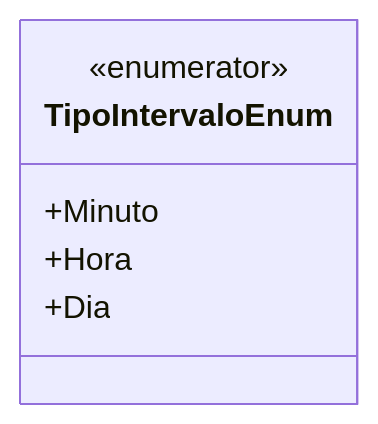
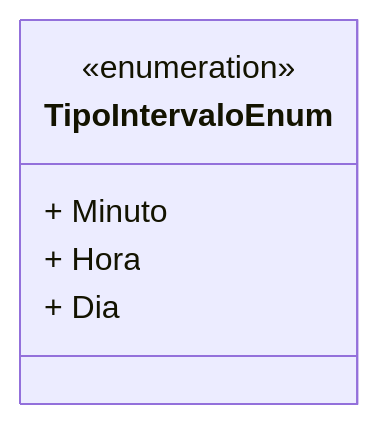
One commit to IsthmusSistemas/documentacao-tecnica changed the diagram in docs/b2b-dominio/IsthmusWinthor.Nucleo/IsthmusWinthor.Dominio/Enumeradores/TipoIntervaloEnum.md. Above: the diagram before and after it, drawn with Mermaid. The commit also changed other lines of this file and 882 other files, not shown here.

````diff
--- a/docs/b2b-dominio/IsthmusWinthor.Nucleo/IsthmusWinthor.Dominio/Enumeradores/TipoIntervaloEnum.md
+++ b/docs/b2b-dominio/IsthmusWinthor.Nucleo/IsthmusWinthor.Dominio/Enumeradores/TipoIntervaloEnum.md
@@ -12,9 +12,9 @@
 ```mermaid
 classDiagram
     class TipoIntervaloEnum {
-        <<enumerator>>
-        +Minuto
-        +Hora
-        +Dia
+        <<enumeration>>
+        + Minuto
+        + Hora
+        + Dia
     }
 ```
````
